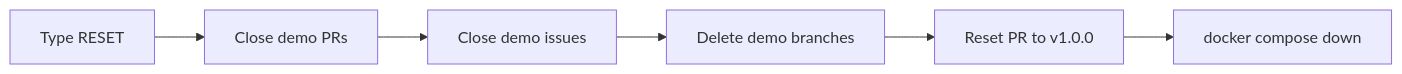
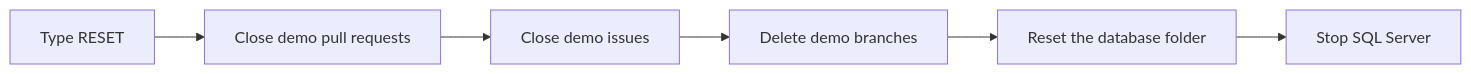
Before and after one commit to amyabelsql/DayOfData_Portland_2026: the diagram in 99_Cleanup/README.md, drawn with Mermaid. The commit also changed other lines of this file and 35 other files, not shown here.

````diff
--- a/99_Cleanup/README.md
+++ b/99_Cleanup/README.md
@@ -20,4 +23,4 @@
 ```mermaid
 flowchart LR
-    C[Type RESET] --> P[Close demo PRs] --> I[Close demo issues] --> B[Delete demo branches] --> R[Reset PR to v1.0.0] --> D[docker compose down]
+    C[Type RESET] --> P[Close demo pull requests] --> I[Close demo issues] --> B[Delete demo branches] --> R[Reset the database folder] --> D[Stop SQL Server]
 ```
````
